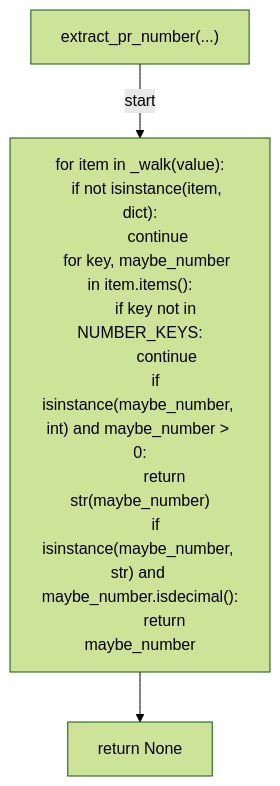
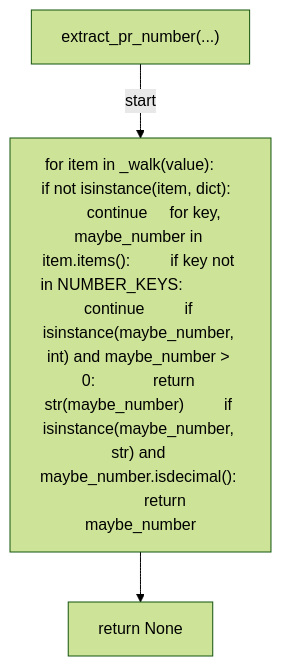
Before and after one commit to tvna/claude-md: the third of 10 diagrams in docs/generated/scripts/ast/post_pr_create_ci_monitor.md, drawn with Mermaid (forest theme). The commit also changed other lines of this file and 30 other files, not shown here.

First line of the commit message:
docs(generated): regenerate decision tree and workflow diagrams (batch 2/5)

````diff
--- a/docs/generated/scripts/ast/post_pr_create_ci_monitor.md
+++ b/docs/generated/scripts/ast/post_pr_create_ci_monitor.md
@@ -49,17 +33,8 @@
 ```mermaid
 flowchart TD
     N001["extract_pr_number(...)"]
-    N002["for item in _walk(value):
-    if not isinstance(item, dict):
-        continue
-    for key, maybe_number in item.items():
-        if key not in NUMBER_KEYS:
-            continue
-        if isinstance(maybe_number, int) and maybe_number > 0:
-            return str(maybe_number)
-        if isinstance(maybe_number, str) and maybe_number.isdecimal():
-            return maybe_number"]
+    N002["for item in _walk(value):     if not isinstance(item, dict):         continue     for key, maybe_number in item.items():         if key not in NUMBER_KEYS:             continue         if isinstance(maybe_number, int) and maybe_number > 0:             return str(maybe_number)         if isinstance(maybe_number, str) and maybe_number.isdecimal():             return maybe_number"]
     N003["return None"]
     N001 -->|"start"| N002
     N002 --> N003
 ```
````
